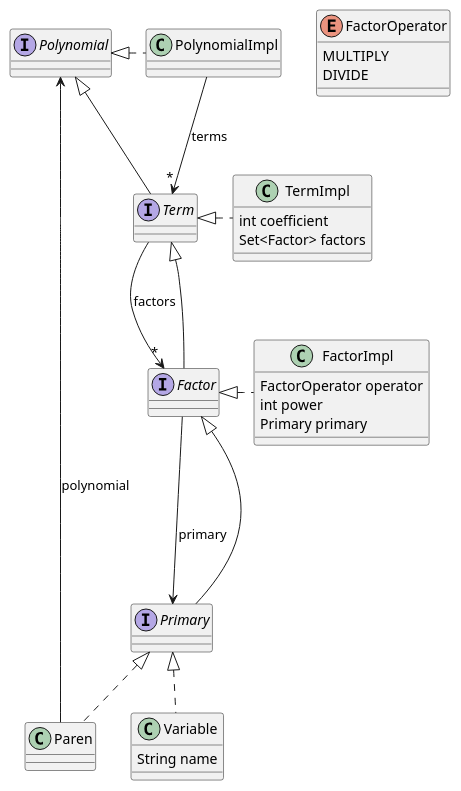
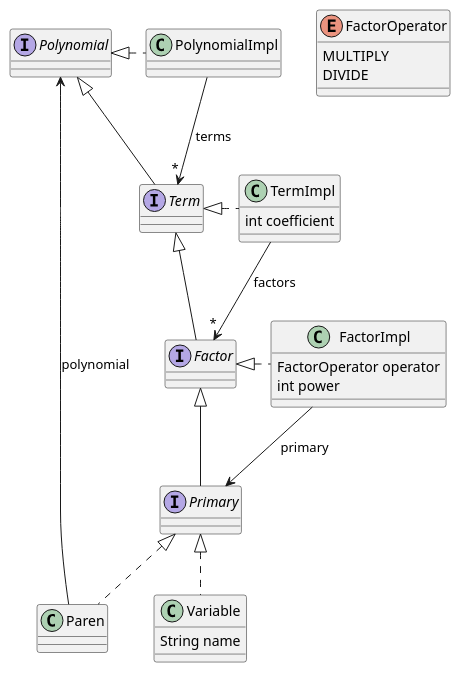
One commit to saka1029/form changed the diagram in doc/classes.plantuml. Above: the diagram before and after it, drawn with PlantUML.

```diff
--- a/doc/classes.plantuml
+++ b/doc/classes.plantuml
@@ -1,36 +1,34 @@
 @startuml form
 enum FactorOperator {
     MULTIPLY
     DIVIDE
 }
 interface Polynomial
 class PolynomialImpl
 PolynomialImpl .left.|> Polynomial
 PolynomialImpl --> "*" Term : terms
 interface Term
 Term -|> Polynomial
-Term --> "*" Factor : factors
 class TermImpl {
     int coefficient
-    Set<Factor> factors
 }
 TermImpl .left.|> Term
+TermImpl --> "*" Factor : factors
 interface Factor
 Factor --|> Term
-Factor ---> Primary : primary
 class FactorImpl {
     FactorOperator operator
     int power
-    Primary primary
 }
 FactorImpl .left.|> Factor
+FactorImpl --> Primary : primary
 interface Primary
 Primary --|> Factor
 class Variable {
     String name
 }
 Variable .up.|> Primary
 class Paren
 Paren .up.|> Primary
 Paren -up-> Polynomial : polynomial
 @enduml
```
